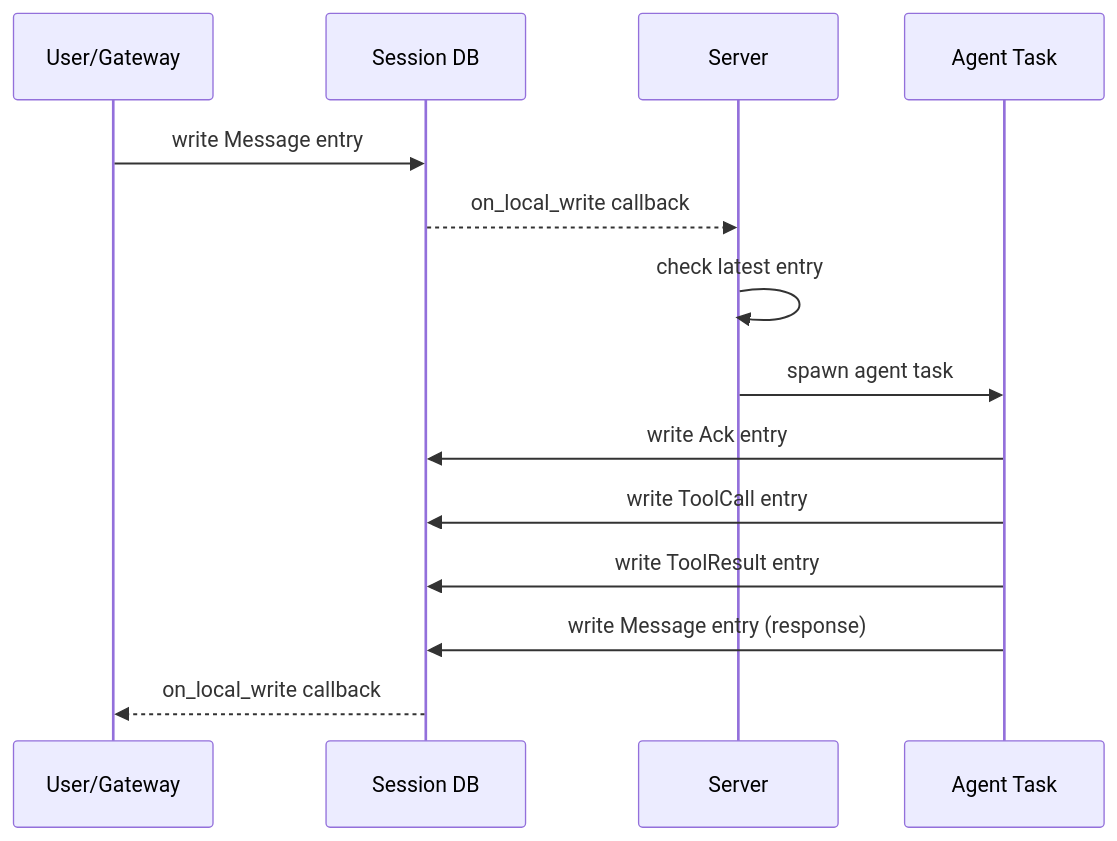
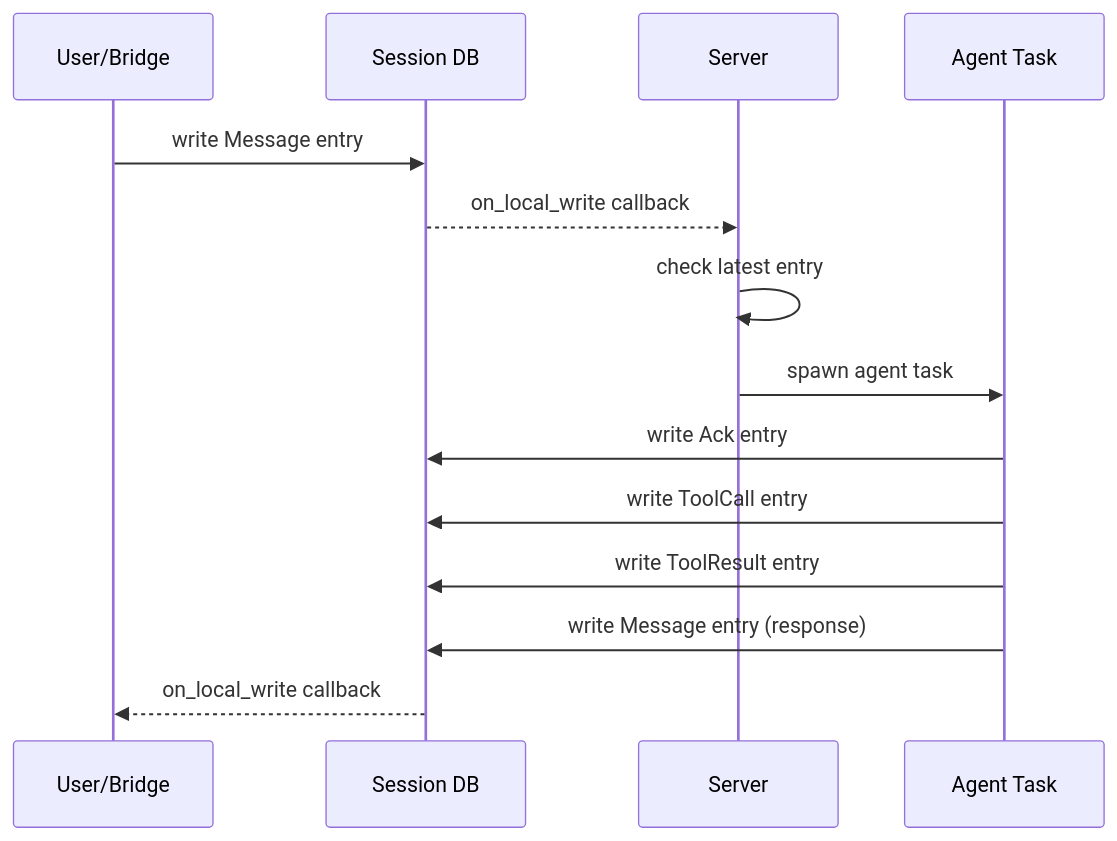
Before and after one commit to arcuru/chaz: the first of 2 diagrams in docs/src/architecture/sessions.md, drawn with Mermaid. The commit also changed other lines of this file and 62 other files, not shown here.

First line of the commit message:
refactor: rename gateway → bridge across the transport layer

````diff
--- a/docs/src/architecture/sessions.md
+++ b/docs/src/architecture/sessions.md
@@ -37,17 +37,17 @@
 ```mermaid
 sequenceDiagram
-    participant U as User/Gateway
+    participant U as User/Bridge
     participant S as Session DB
     participant SV as Server
     participant A as Agent Task
 
     U->>S: write Message entry
     S-->>SV: on_local_write callback
     SV->>SV: check latest entry
     SV->>A: spawn agent task
     A->>S: write Ack entry
     A->>S: write ToolCall entry
     A->>S: write ToolResult entry
     A->>S: write Message entry (response)
     S-->>U: on_local_write callback
 ```
````
